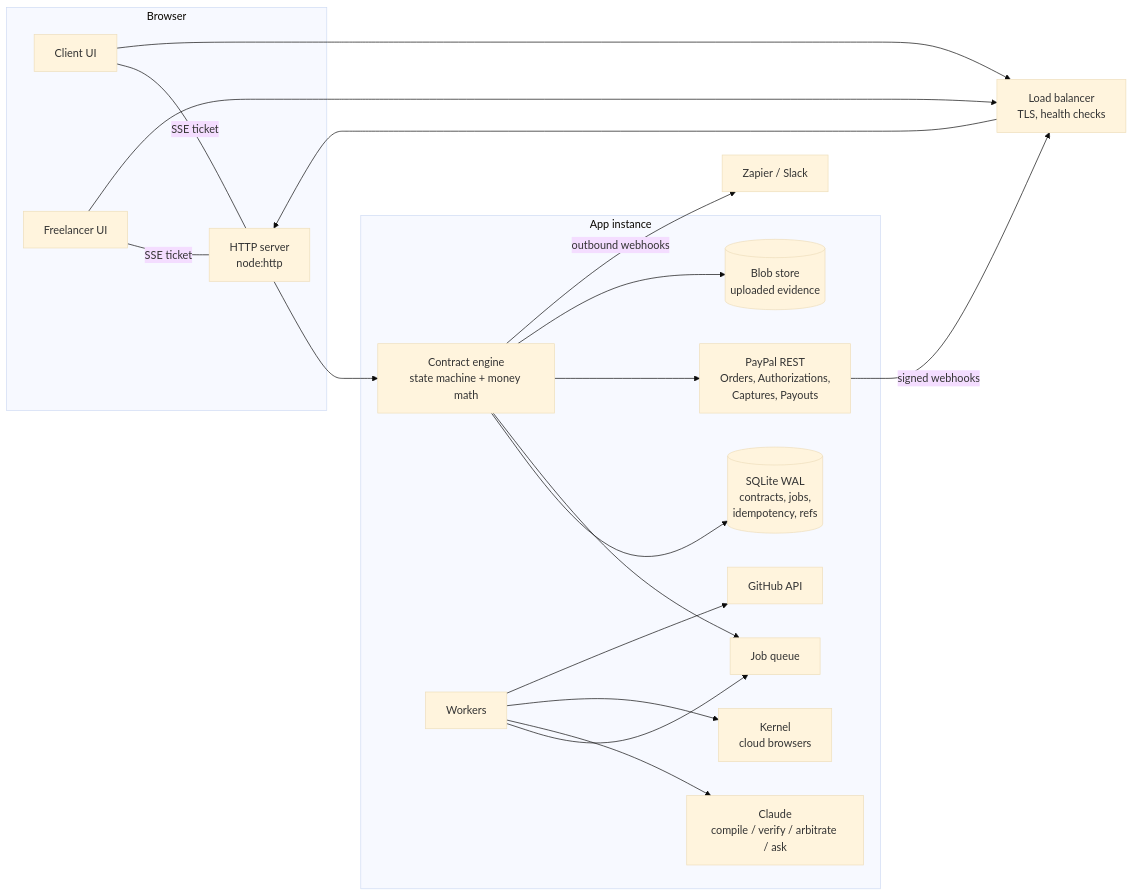
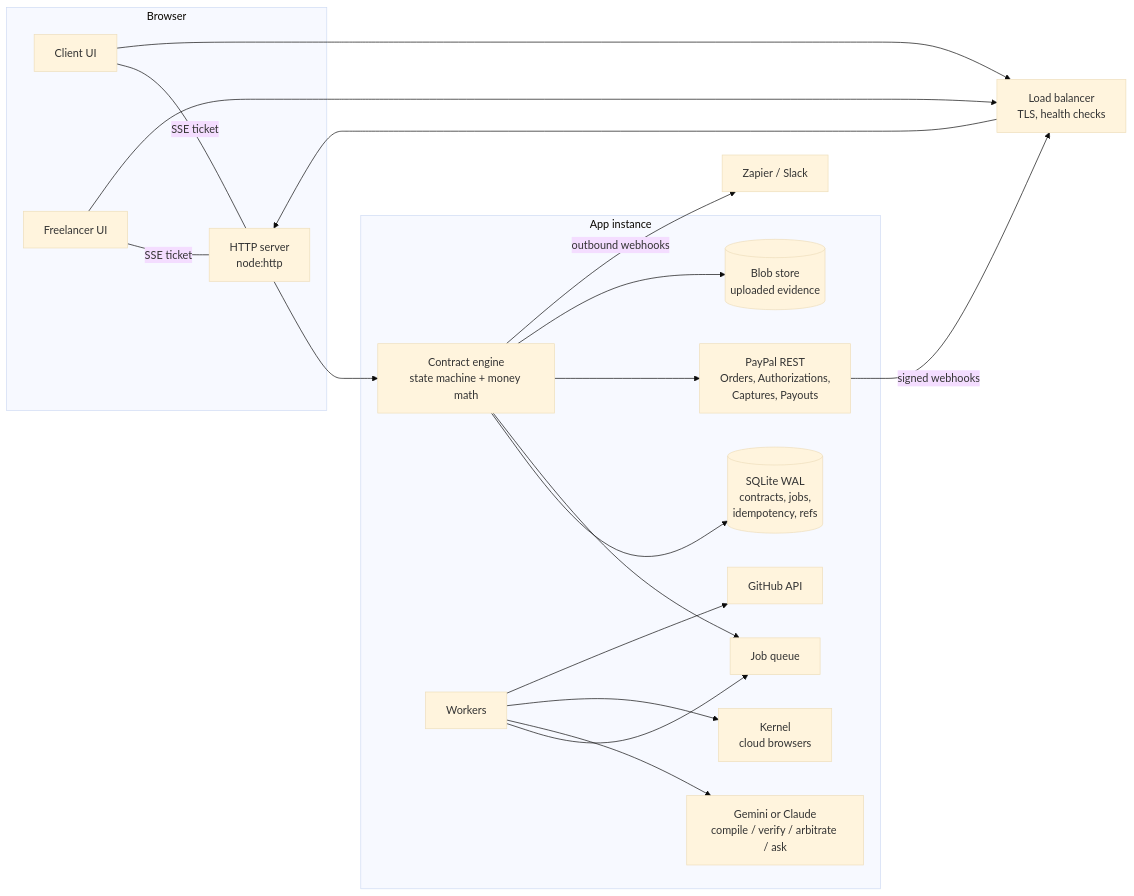
One commit to ayusharyakashyap/Covenant changed the diagram in docs/ARCHITECTURE.md. Above: the diagram before and after it, drawn with Mermaid (base theme). The commit also changed other lines of this file and 25 other files, not shown here.

Commit message:
Support Google Gemini (free tier) alongside Claude; rebuild the web app on every start

````diff
--- a/docs/ARCHITECTURE.md
+++ b/docs/ARCHITECTURE.md
@@ -7,23 +7,23 @@
 ```mermaid
 flowchart LR
   subgraph Browser
     C[Client UI] ---|SSE ticket| S
     F[Freelancer UI] ---|SSE ticket| S
   end
   LB[Load balancer<br/>TLS, health checks] --> S
   C --> LB
   F --> LB
   subgraph App instance
     S[HTTP server<br/>node:http] --> E[Contract engine<br/>state machine + money math]
     E --> DB[(SQLite WAL<br/>contracts, jobs,<br/>idempotency, refs)]
     E --> Q[Job queue]
     W[Workers] --> Q
-    W --> AI[Claude<br/>compile / verify / arbitrate / ask]
+    W --> AI[Gemini or Claude<br/>compile / verify / arbitrate / ask]
     W --> K[Kernel<br/>cloud browsers]
     W --> GH[GitHub API]
     E --> PP[PayPal REST<br/>Orders, Authorizations,<br/>Captures, Payouts]
     E --> BL[(Blob store<br/>uploaded evidence)]
   end
   PP -- signed webhooks --> LB
   E -- outbound webhooks --> Z[Zapier / Slack]
 ```
````
